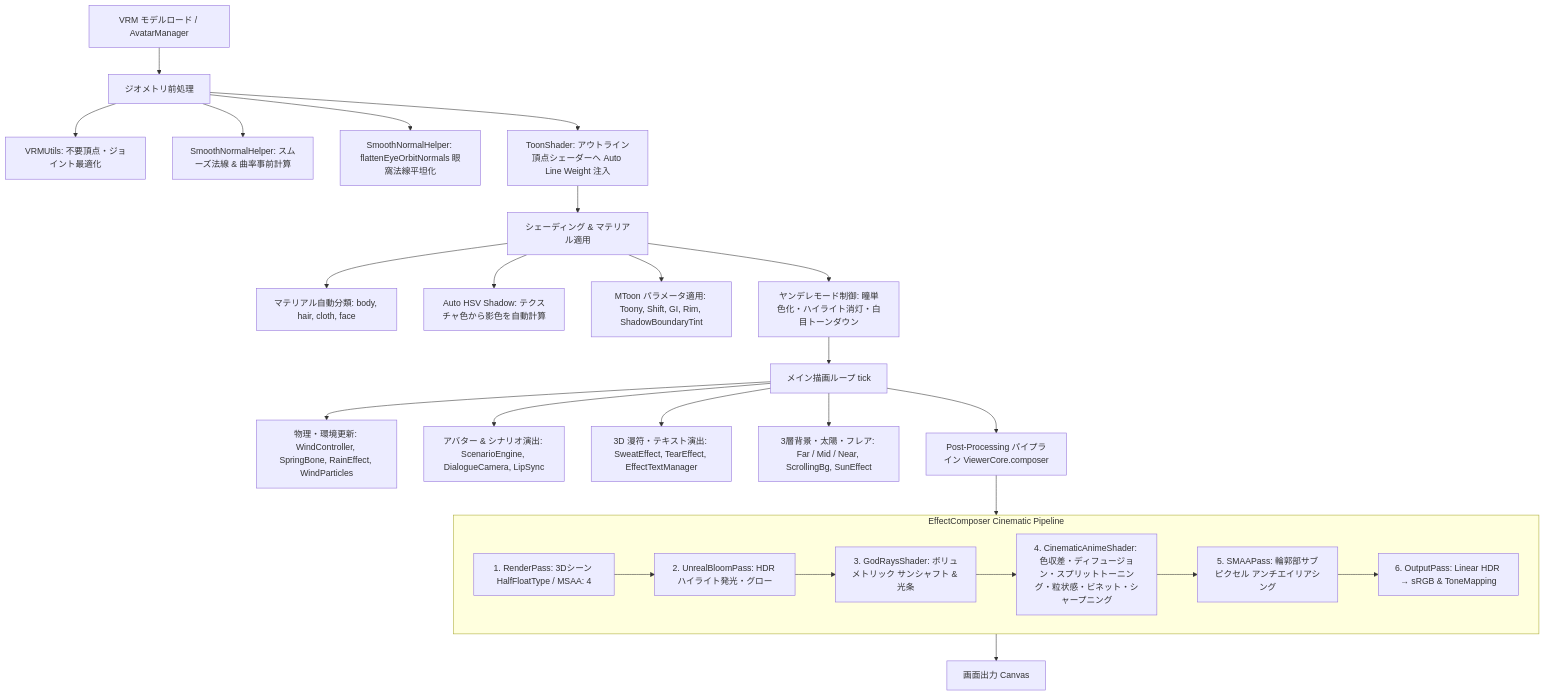
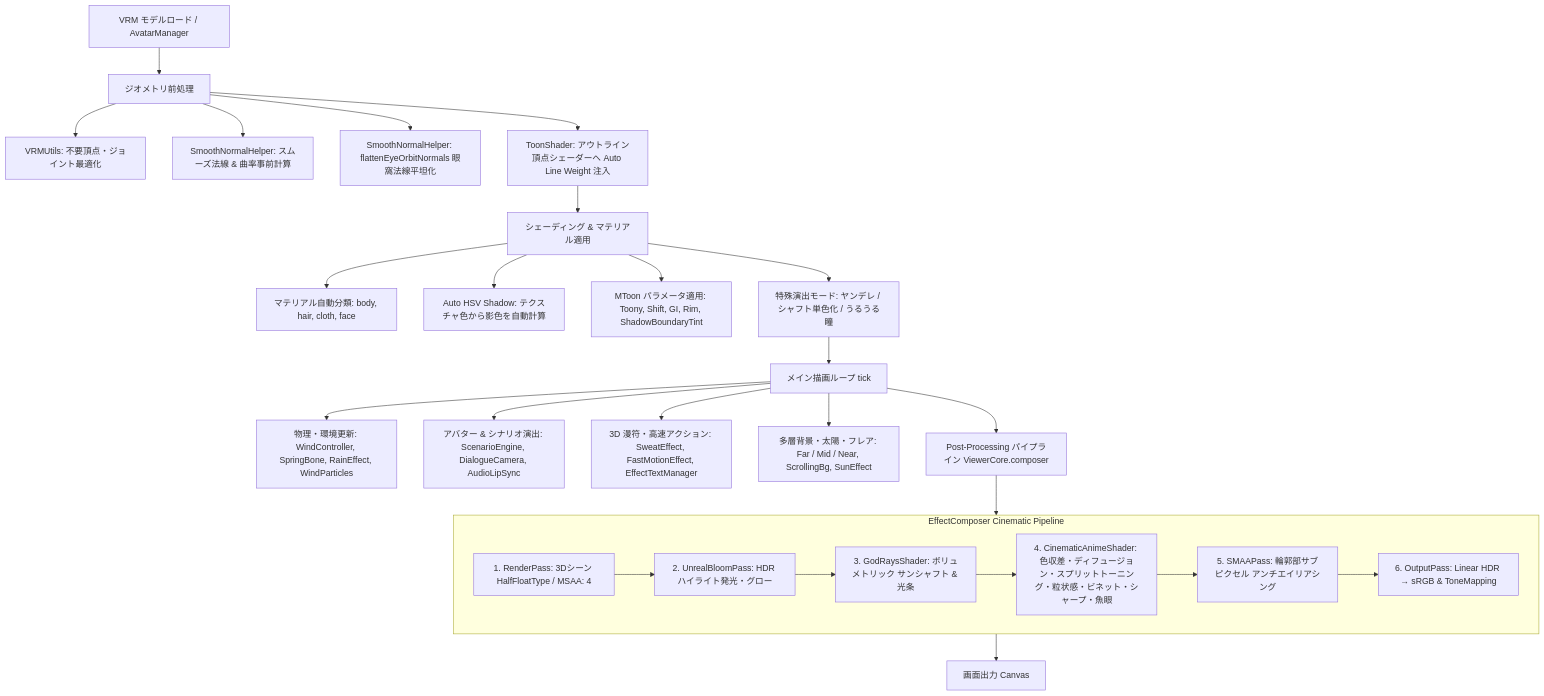
The diagram in README.md (uemegu/AnimeVRM), drawn with Mermaid before and after one commit. The commit also changed other lines of this file, not shown here.

````diff
--- a/README.md
+++ b/README.md
@@ -131,34 +171,34 @@
 ```mermaid
 flowchart TD
     A[VRM モデルロード / AvatarManager] --> B[ジオメトリ前処理]
     B --> B1[VRMUtils: 不要頂点・ジョイント最適化]
     B --> B2[SmoothNormalHelper: スムーズ法線 & 曲率事前計算]
     B --> B3[SmoothNormalHelper: flattenEyeOrbitNormals 眼窩法線平坦化]
     B --> B4[ToonShader: アウトライン頂点シェーダーへ Auto Line Weight 注入]
 
     B4 --> C[シェーディング & マテリアル適用]
     C --> C1[マテリアル自動分類: body, hair, cloth, face]
     C --> C2[Auto HSV Shadow: テクスチャ色から影色を自動計算]
     C --> C3[MToon パラメータ適用: Toony, Shift, GI, Rim, ShadowBoundaryTint]
-    C --> C4[ヤンデレモード制御: 瞳単色化・ハイライト消灯・白目トーンダウン]
+    C --> C4[特殊演出モード: ヤンデレ / シャフト単色化 / うるうる瞳]
 
     C4 --> D[メイン描画ループ tick]
     D --> D1[物理・環境更新: WindController, SpringBone, RainEffect, WindParticles]
-    D --> D2[アバター & シナリオ演出: ScenarioEngine, DialogueCamera, LipSync]
-    D --> D3[3D 漫符・テキスト演出: SweatEffect, TearEffect, EffectTextManager]
-    D --> D4[3層背景・太陽・フレア: Far / Mid / Near, ScrollingBg, SunEffect]
+    D --> D2[アバター & シナリオ演出: ScenarioEngine, DialogueCamera, AudioLipSync]
+    D --> D3[3D 漫符・高速アクション: SweatEffect, FastMotionEffect, EffectTextManager]
+    D --> D4[多層背景・太陽・フレア: Far / Mid / Near, ScrollingBg, SunEffect]
     D --> D5[Post-Processing パイプライン ViewerCore.composer]
 
     subgraph EffectComposer [EffectComposer Cinematic Pipeline]
         E1[1. RenderPass: 3Dシーン HalfFloatType / MSAA: 4]
         E2[2. UnrealBloomPass: HDR ハイライト発光・グロー]
         E3[3. GodRaysShader: ボリュメトリック サンシャフト & 光条]
-        E4[4. CinematicAnimeShader: 色収差・ディフュージョン・スプリットトーニング・粒状感・ビネット・シャープニング]
+        E4[4. CinematicAnimeShader: 色収差・ディフュージョン・スプリットトーニング・粒状感・ビネット・シャープ・魚眼]
         E5[5. SMAAPass: 輪郭部サブピクセル アンチエイリアシング]
         E6[6. OutputPass: Linear HDR → sRGB & ToneMapping]
         E1 --> E2 --> E3 --> E4 --> E5 --> E6
     end
 
     D5 --> EffectComposer
     EffectComposer --> F[画面出力 Canvas]
 ```
````
